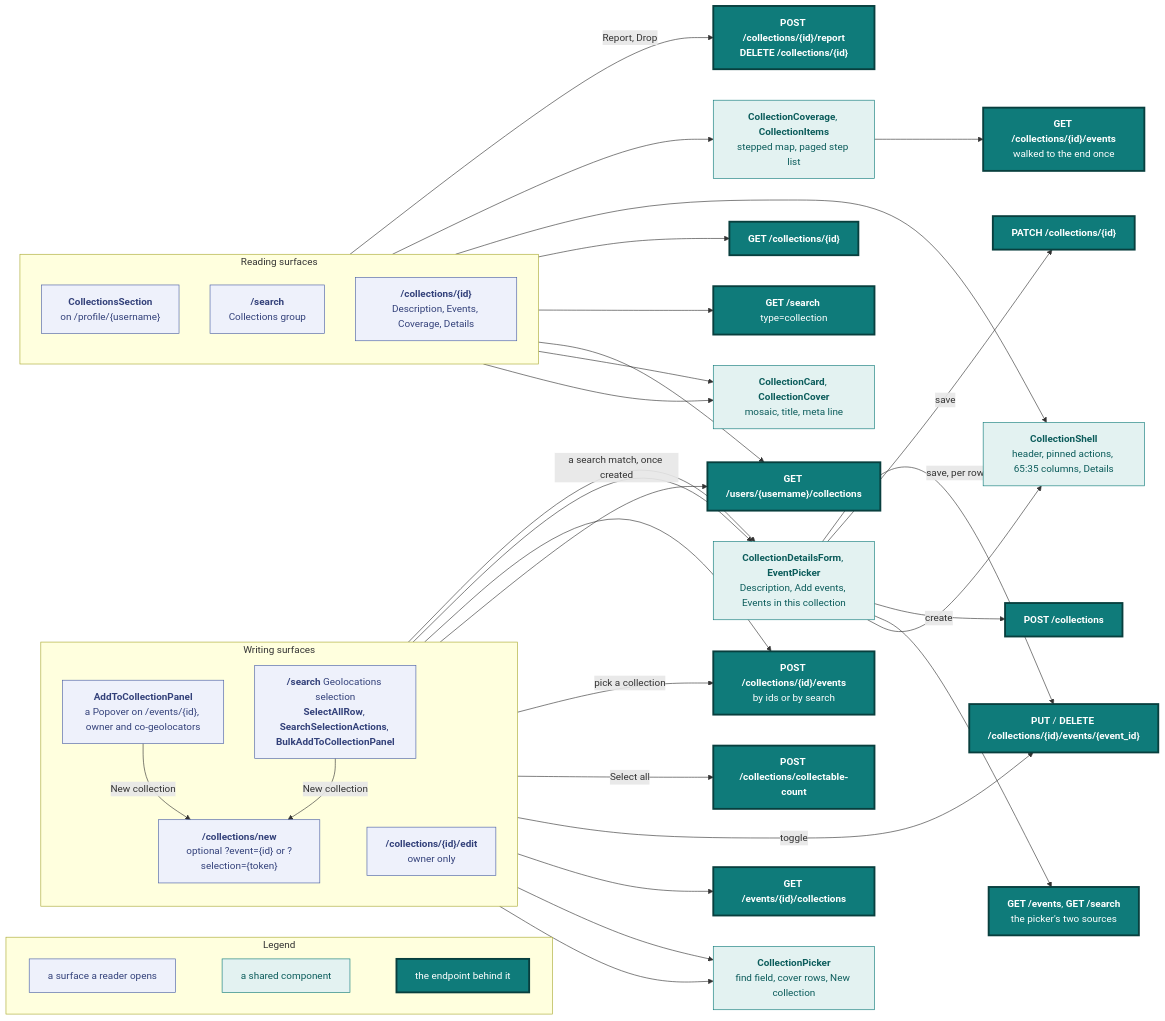
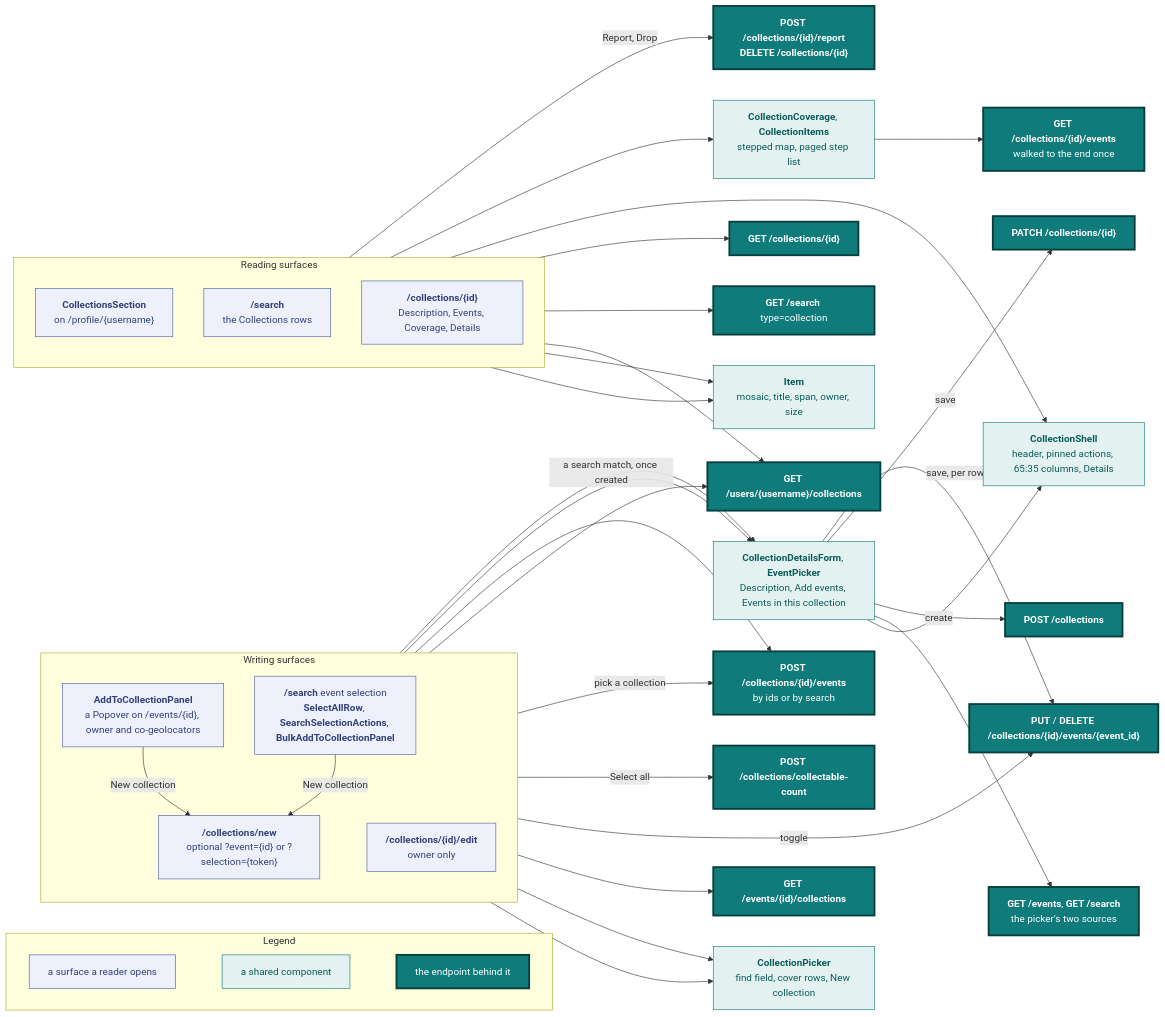
One commit to vidithq/vidit changed diagram 18 of 23 in docs/design.md. Above: the diagram before and after it, drawn with Mermaid. The commit also changed other lines of this file and 145 other files, not shown here.

First line of the commit message:
feat: one item, one filter panel, search by kind, sites as rings (#813)

```diff
--- a/docs/design.md
+++ b/docs/design.md
@@ -1571,7 +1672,7 @@
     profile["`**CollectionsSection**
     on /profile/{username}`"]:::spec
     search["`**/search**
-    Collections group`"]:::spec
+    the Collections rows`"]:::spec
     page["`**/collections/{id}**
     Description, Events, Coverage, Details`"]:::spec
   end
@@ -1580,7 +1681,7 @@
     direction TB
     panel["`**AddToCollectionPanel**
     a Popover on /events/{id}, owner and co-geolocators`"]:::spec
-    bulk["`**/search** Geolocations selection
+    bulk["`**/search** event selection
     **SelectAllRow**, **SearchSelectionActions**, **BulkAddToCollectionPanel**`"]:::spec
     newp["`**/collections/new**
     optional ?event={id} or ?selection={token}`"]:::spec
@@ -1588,8 +1689,8 @@
     owner only`"]:::spec
   end
 
-  card["`**CollectionCard**, **CollectionCover**
-  mosaic, title, meta line`"]:::shared
+  card["`**Item**
+  mosaic, title, span, owner, size`"]:::shared
   shell["`**CollectionShell**
   header, pinned actions, 65:35 columns, Details`"]:::shared
   reader["`**CollectionCoverage**, **CollectionItems**
```
